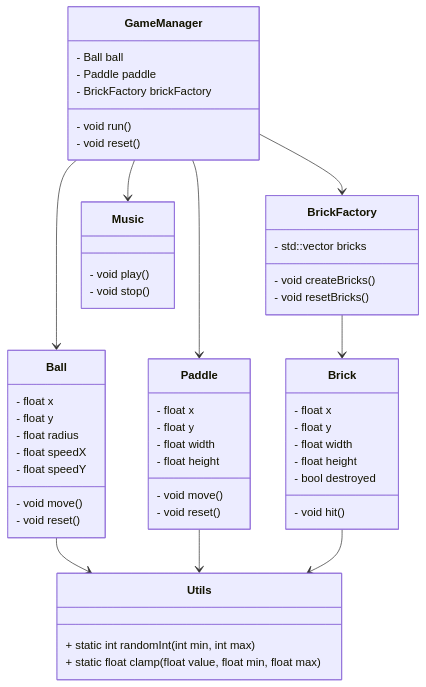
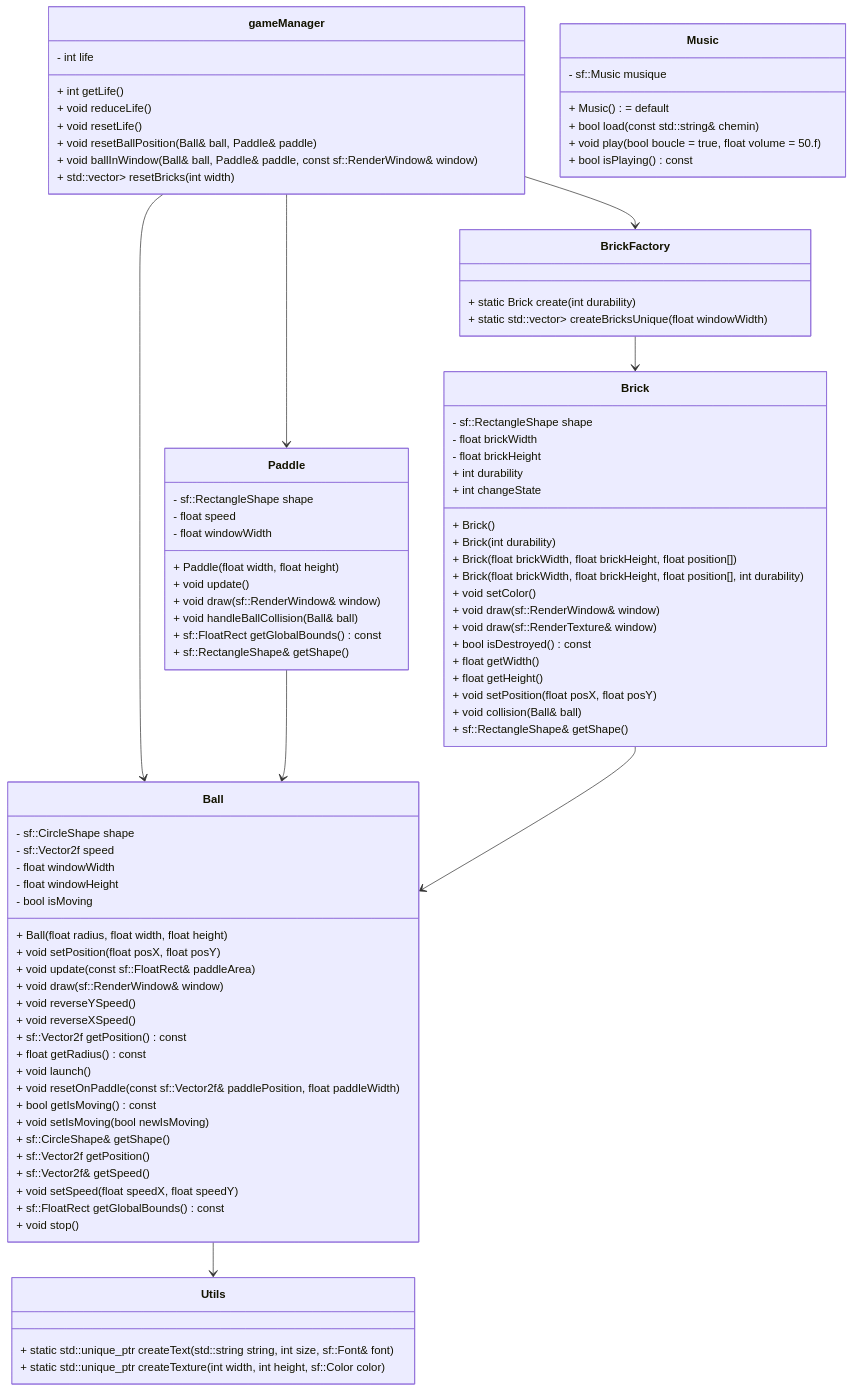
The diagram in docs/class_diagram_final.md (Florence-Navet/brick-breaker), drawn with Mermaid before and after one commit. The commit also changed other lines of this file, not shown here.

Commit message:
doc: update revised class diagram

````diff
--- a/docs/class_diagram_final.md
+++ b/docs/class_diagram_final.md
@@ -3,56 +4,91 @@
 ```mermaid
 classDiagram
-    class GameManager {
-        - Ball ball
-        - Paddle paddle
-        - BrickFactory brickFactory
-        - void run()
-        - void reset()
+    class gameManager {
+        - int life
+        + int getLife()
+        + void reduceLife()
+        + void resetLife()
+        + void resetBallPosition(Ball& ball, Paddle& paddle)
+        + void ballInWindow(Ball& ball, Paddle& paddle, const sf::RenderWindow& window)
+        + std::vector<std::unique_ptr<Brick>> resetBricks(int width)
     }
     class Ball {
-        - float x
-        - float y
-        - float radius
-        - float speedX
-        - float speedY
-        - void move()
-        - void reset()
+        - sf::CircleShape shape
+        - sf::Vector2f speed
+        - float windowWidth
+        - float windowHeight
+        - bool isMoving
+        + Ball(float radius, float width, float height)
+        + void setPosition(float posX, float posY)
+        + void update(const sf::FloatRect& paddleArea)
+        + void draw(sf::RenderWindow& window)
+        + void reverseYSpeed()
+        + void reverseXSpeed()
+        + sf::Vector2f getPosition() const
+        + float getRadius() const
+        + void launch()
+        + void resetOnPaddle(const sf::Vector2f& paddlePosition, float paddleWidth)
+        + bool getIsMoving() const
+        + void setIsMoving(bool newIsMoving)
+        + sf::CircleShape& getShape()
+        + sf::Vector2f getPosition()
+        + sf::Vector2f& getSpeed()
+        + void setSpeed(float speedX, float speedY)
+        + sf::FloatRect getGlobalBounds() const
+        + void stop()
     }
     class Paddle {
-        - float x
-        - float y
-        - float width
-        - float height
-        - void move()
-        - void reset()
+        - sf::RectangleShape shape
+        - float speed
+        - float windowWidth
+        + Paddle(float width, float height)
+        + void update()
+        + void draw(sf::RenderWindow& window)
+        + void handleBallCollision(Ball& ball)
+        + sf::FloatRect getGlobalBounds() const
+        + sf::RectangleShape& getShape()
     }
     class Brick {
-        - float x
-        - float y
-        - float width
-        - float height
-        - bool destroyed
-        - void hit()
+        - sf::RectangleShape shape
+        - float brickWidth
+        - float brickHeight
+        + int durability
+        + int changeState
+        + Brick()
+        + Brick(int durability)
+        + Brick(float brickWidth, float brickHeight, float position[])
+        + Brick(float brickWidth, float brickHeight, float position[], int durability)
+        + void setColor()
+        + void draw(sf::RenderWindow& window)
+        + void draw(sf::RenderTexture& window)
+        + bool isDestroyed() const
+        + float getWidth()
+        + float getHeight()
+        + void setPosition(float posX, float posY)
+        + void collision(Ball& ball)
+        + sf::RectangleShape& getShape()
     }
     class BrickFactory {
-        - std::vector<Brick> bricks
-        - void createBricks()
-        - void resetBricks()
+        + static Brick create(int durability)
+        + static std::vector<std::unique_ptr<Brick>> createBricksUnique(float windowWidth)
     }
     class Utils {
-        + static int randomInt(int min, int max)
-        + static float clamp(float value, float min, float max)
+        + static std::unique_ptr<sf::Text> createText(std::string string, int size, sf::Font& font)
+        + static std::unique_ptr<sf::RenderTexture> createTexture(int width, int height, sf::Color color)
     }
     class Music {
-        - void play()
-        - void stop()
+        - sf::Music musique
+        + Music() = default
+        + bool load(const std::string& chemin)
+        + void play(bool boucle = true, float volume = 50.f)
+        + bool isPlaying() const
     }
-    GameManager --> Ball
-    GameManager --> Paddle
-    GameManager --> BrickFactory
+
+    gameManager --> Ball
+    gameManager --> Paddle
+    gameManager --> BrickFactory
     BrickFactory --> Brick
     Ball --> Utils
-    Paddle --> Utils
-    Brick --> Utils
-    GameManager --> Music
+    Paddle --> Ball
+    Brick --> Ball
 ```
````
